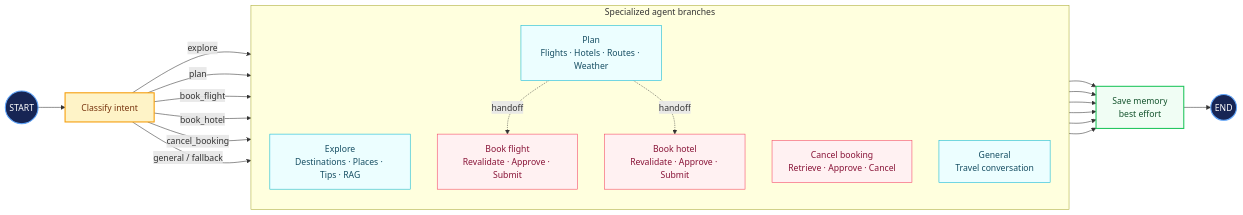
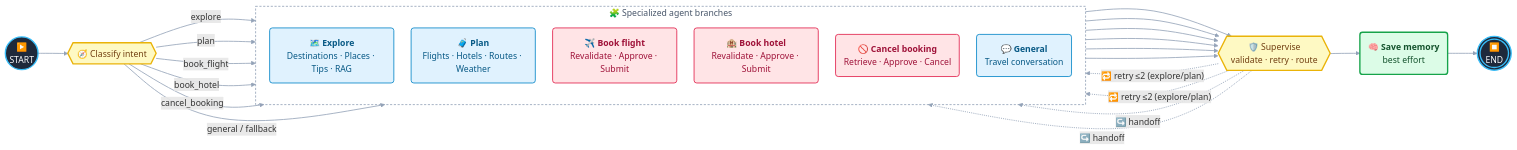
One commit to nguyentrathao-agilityio/travel-assistant changed the diagram in README.md. Above: the diagram before and after it, drawn with Mermaid. The commit also changed other lines of this file, not shown here.

````diff
--- a/README.md
+++ b/README.md
@@ -14,44 +15,53 @@
 ```mermaid
+%%{init: {"flowchart": {"curve": "basis", "nodeSpacing": 32, "rankSpacing": 55}}}%%
 flowchart LR
-    START((START)) --> CLASSIFY["Classify intent"]
+    START(("▶️<br/>START")) --> CLASSIFY{{"🧭 Classify intent"}}
 
-    subgraph ROUTES["Specialized agent branches"]
+    subgraph ROUTES[" 🧩 Specialized agent branches "]
         direction TB
-        EXPLORE["Explore<br/>Destinations · Places · Tips · RAG"]
-        PLAN["Plan<br/>Flights · Hotels · Routes · Weather"]
-        BOOK_FLIGHT["Book flight<br/>Revalidate · Approve · Submit"]
-        BOOK_HOTEL["Book hotel<br/>Revalidate · Approve · Submit"]
-        CANCEL["Cancel booking<br/>Retrieve · Approve · Cancel"]
-        GENERAL["General<br/>Travel conversation"]
+        EXPLORE("🗺️ <b>Explore</b><br/>Destinations · Places · Tips · RAG")
+        PLAN("🧳 <b>Plan</b><br/>Flights · Hotels · Routes · Weather")
+        BOOK_FLIGHT("✈️ <b>Book flight</b><br/>Revalidate · Approve · Submit")
+        BOOK_HOTEL("🏨 <b>Book hotel</b><br/>Revalidate · Approve · Submit")
+        CANCEL("🚫 <b>Cancel booking</b><br/>Retrieve · Approve · Cancel")
+        GENERAL("💬 <b>General</b><br/>Travel conversation")
     end
 
-    CLASSIFY -->|"explore"| EXPLORE
-    CLASSIFY -->|"plan"| PLAN
-    CLASSIFY -->|"book_flight"| BOOK_FLIGHT
-    CLASSIFY -->|"book_hotel"| BOOK_HOTEL
-    CLASSIFY -->|"cancel_booking"| CANCEL
+    CLASSIFY -->|explore| EXPLORE
+    CLASSIFY -->|plan| PLAN
+    CLASSIFY -->|book_flight| BOOK_FLIGHT
+    CLASSIFY -->|book_hotel| BOOK_HOTEL
+    CLASSIFY -->|cancel_booking| CANCEL
     CLASSIFY -->|"general / fallback"| GENERAL
 
-    PLAN -. "handoff" .-> BOOK_FLIGHT
-    PLAN -. "handoff" .-> BOOK_HOTEL
+    EXPLORE --> SUPERVISE{{"🛡️ Supervise<br/>validate · retry · route"}}
+    PLAN --> SUPERVISE
+    BOOK_FLIGHT --> SUPERVISE
+    BOOK_HOTEL --> SUPERVISE
+    CANCEL --> SUPERVISE
+    GENERAL --> SUPERVISE
 
-    EXPLORE --> MEMORY["Save memory<br/>best effort"]
-    PLAN --> MEMORY
-    BOOK_FLIGHT --> MEMORY
-    BOOK_HOTEL --> MEMORY
-    CANCEL --> MEMORY
-    GENERAL --> MEMORY
-    MEMORY --> END((END))
+    SUPERVISE -. "🔁 retry ≤2 (explore/plan)" .-> EXPLORE
+    SUPERVISE -. "🔁 retry ≤2 (explore/plan)" .-> PLAN
+    SUPERVISE -. "↪️ handoff" .-> BOOK_FLIGHT
+    SUPERVISE -. "↪️ handoff" .-> BOOK_HOTEL
 
-    classDef terminal fill:#172554,color:#ffffff,stroke:#60a5fa,stroke-width:2px;
-    classDef router fill:#fef3c7,color:#78350f,stroke:#f59e0b,stroke-width:2px;
-    classDef readAgent fill:#ecfeff,color:#164e63,stroke:#06b6d4;
-    classDef actionAgent fill:#fff1f2,color:#881337,stroke:#f43f5e;
-    classDef memory fill:#f0fdf4,color:#14532d,stroke:#22c55e,stroke-width:2px;
+    SUPERVISE --> MEMORY("🧠 <b>Save memory</b><br/>best effort")
+    MEMORY --> END((("⏹️<br/>END")))
+
+    classDef terminal fill:#1e293b,color:#f8fafc,stroke:#38bdf8,stroke-width:2.5px;
+    classDef router fill:#fef9c3,color:#713f12,stroke:#eab308,stroke-width:2.5px;
+    classDef readAgent fill:#e0f2fe,color:#075985,stroke:#0284c7,stroke-width:1.5px;
+    classDef actionAgent fill:#ffe4e6,color:#9f1239,stroke:#e11d48,stroke-width:1.5px;
+    classDef memory fill:#dcfce7,color:#14532d,stroke:#16a34a,stroke-width:2.5px;
+    classDef routesBox fill:transparent,stroke:#94a3b8,stroke-width:1.5px,stroke-dasharray:4 3,color:#475569;
 
     class START,END terminal;
-    class CLASSIFY router;
+    class CLASSIFY,SUPERVISE router;
     class EXPLORE,PLAN,GENERAL readAgent;
     class BOOK_FLIGHT,BOOK_HOTEL,CANCEL actionAgent;
     class MEMORY memory;
+    class ROUTES routesBox;
+
+    linkStyle default stroke:#94a3b8,stroke-width:1.5px;
 ```
````
